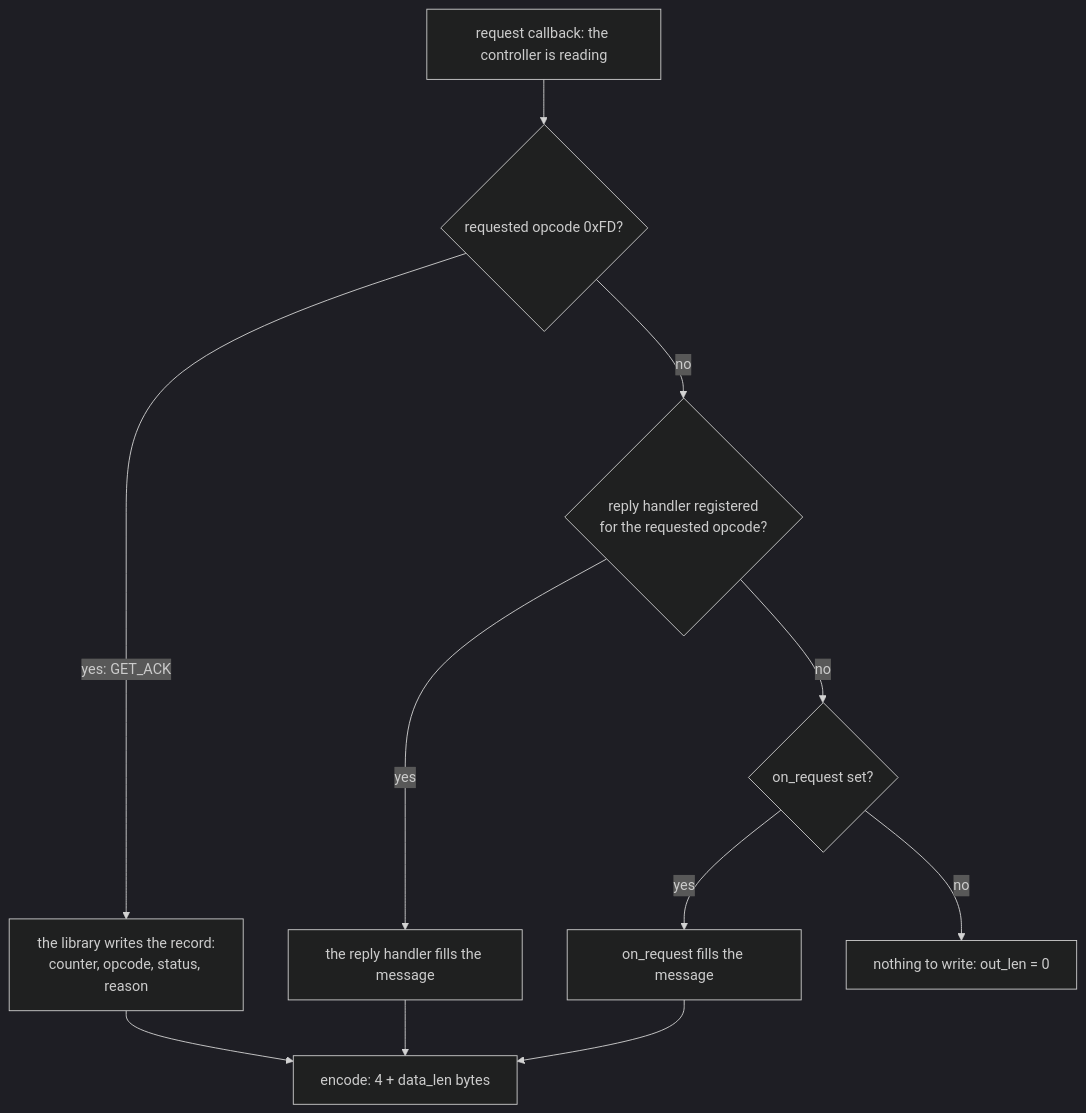
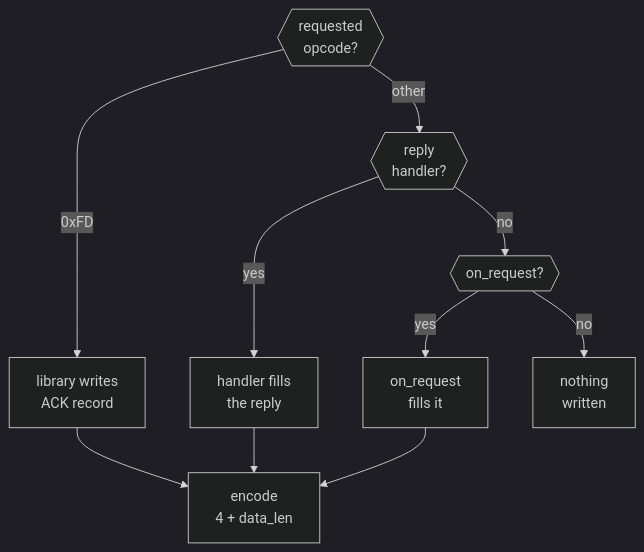
One commit to feastorg/CRUMBS changed the second of 5 diagrams in docs/architecture.md. Above: the diagram before and after it, drawn with Mermaid (dark theme). The commit also changed other lines of this file and 1 other file, not shown here.

First line of the commit message:
docs: redraw the mermaid diagrams to fit the page

````diff
--- a/docs/architecture.md
+++ b/docs/architecture.md
@@ -110,13 +112,12 @@
 ```mermaid
 flowchart TD
-    A["request callback: the controller is reading"] --> B{"requested opcode 0xFD?"}
-    B -- "yes: GET_ACK" --> R1["the library writes the record:<br/>counter, opcode, status, reason"]
-    B -- no --> C{"reply handler registered<br/>for the requested opcode?"}
-    C -- yes --> R2["the reply handler fills the message"]
-    C -- no --> D{"on_request set?"}
-    D -- yes --> R3["on_request fills the message"]
-    D -- no --> R4["nothing to write: out_len = 0"]
-    R1 --> E["encode: 4 + data_len bytes"]
+    B{{"requested<br/>opcode?"}} -- "0xFD" --> R1["library writes<br/>ACK record"]
+    B -- other --> C{{"reply<br/>handler?"}}
+    C -- yes --> R2["handler fills<br/>the reply"]
+    C -- no --> D{{"on_request?"}}
+    D -- yes --> R3["on_request<br/>fills it"]
+    D -- no --> R4["nothing<br/>written"]
+    R1 --> E["encode<br/>4 + data_len"]
     R2 --> E
     R3 --> E
 ```
````
